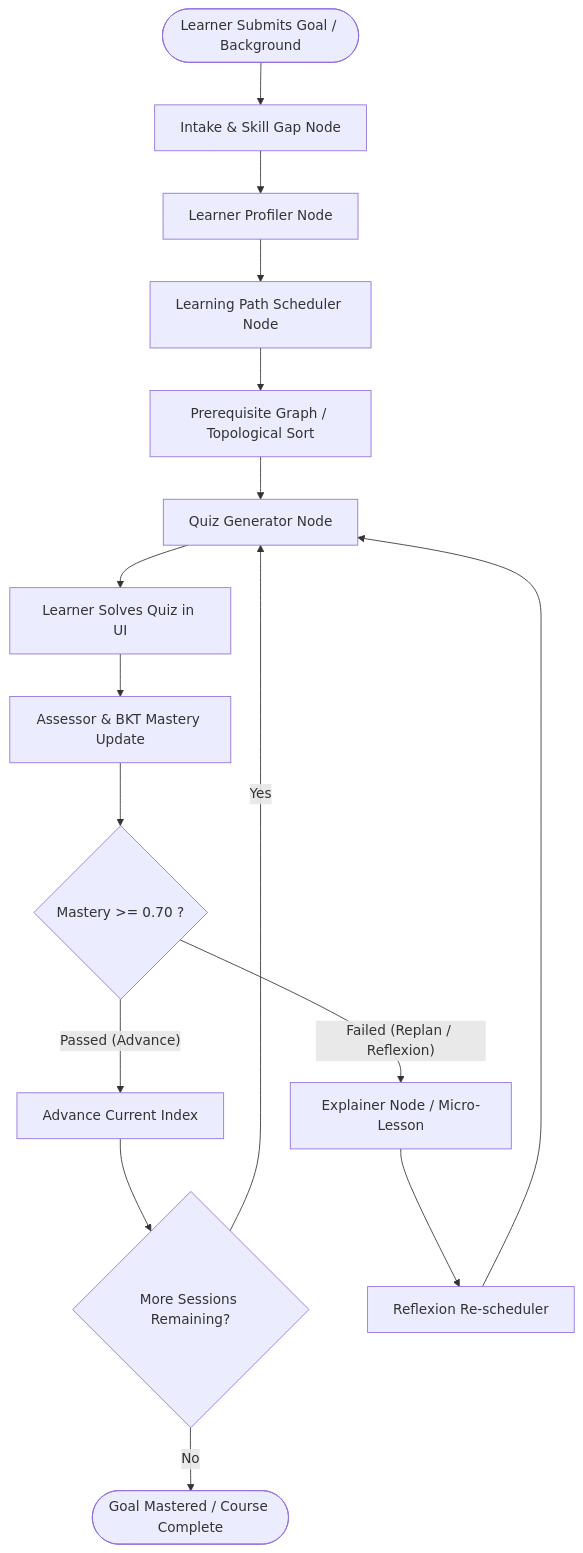
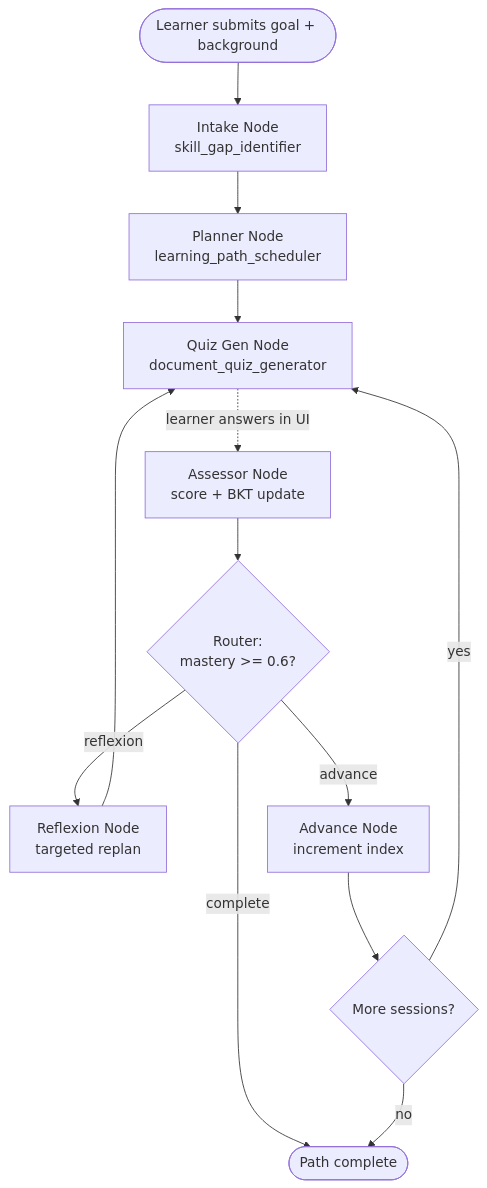
One commit to gauravrai1704/Learning-Path changed the diagram in README.md. Above: the diagram before and after it, drawn with Mermaid. The commit also changed other lines of this file, not shown here.

First line of the commit message:
Rename project to PathFinder and revise README

````diff
--- a/README.md
+++ b/README.md
@@ -9,18 +26,15 @@
 ```mermaid
 flowchart TD
-    Start([Learner Submits Goal / Background]) --> Intake[Intake & Skill Gap Node]
-    Intake --> Profiler[Learner Profiler Node]
-    Profiler --> Planner[Learning Path Scheduler Node]
-    Planner --> GraphQuery[Prerequisite Graph / Topological Sort]
-    GraphQuery --> QuizGen[Quiz Generator Node]
-    QuizGen --> FrontendUI[Learner Solves Quiz in UI]
-    FrontendUI --> Assessor[Assessor & BKT Mastery Update]
-    Assessor --> Router{Mastery >= 0.70 ?}
-    Router -- "Passed (Advance)" --> NextSkill[Advance Current Index]
-    NextSkill --> MoreSkills{More Sessions Remaining?}
-    MoreSkills -- Yes --> QuizGen
-    MoreSkills -- No --> Completed([Goal Mastered / Course Complete])
-    Router -- "Failed (Replan / Reflexion)" --> Explainer[Explainer Node / Micro-Lesson]
-    Explainer --> Reflexion[Reflexion Re-scheduler]
+    Start([Learner submits goal + background]) --> Intake[Intake Node<br/>skill_gap_identifier]
+    Intake --> Planner[Planner Node<br/>learning_path_scheduler]
+    Planner --> QuizGen[Quiz Gen Node<br/>document_quiz_generator]
+    QuizGen -.->|learner answers in UI| Assessor[Assessor Node<br/>score + BKT update]
+    Assessor --> Router{Router:<br/>mastery >= 0.6?}
+    Router -->|reflexion| Reflexion[Reflexion Node<br/>targeted replan]
+    Router -->|advance| Advance[Advance Node<br/>increment index]
+    Router -->|complete| Done([Path complete])
     Reflexion --> QuizGen
+    Advance --> More{More sessions?}
+    More -->|yes| QuizGen
+    More -->|no| Done
 ```
````
